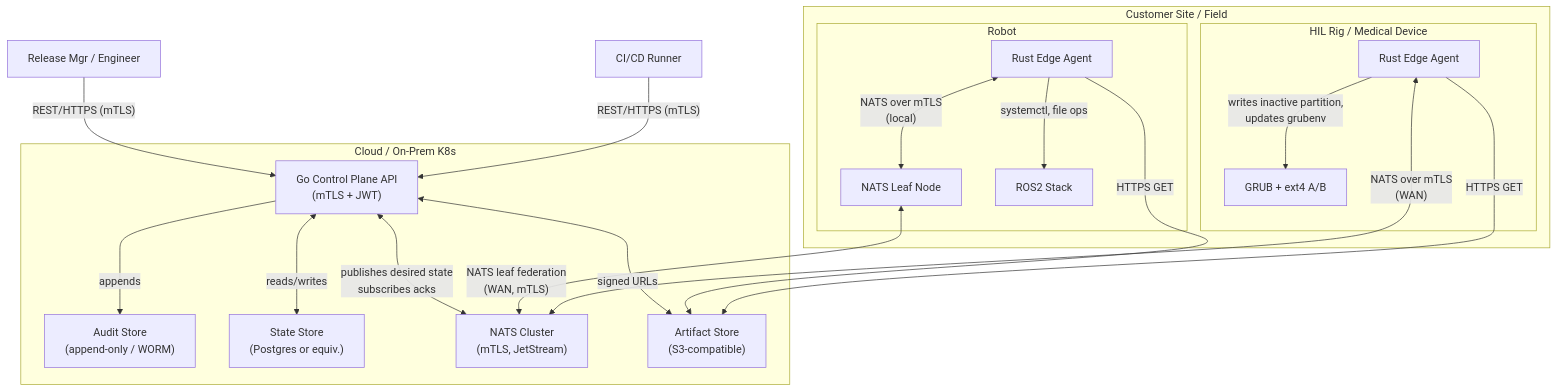
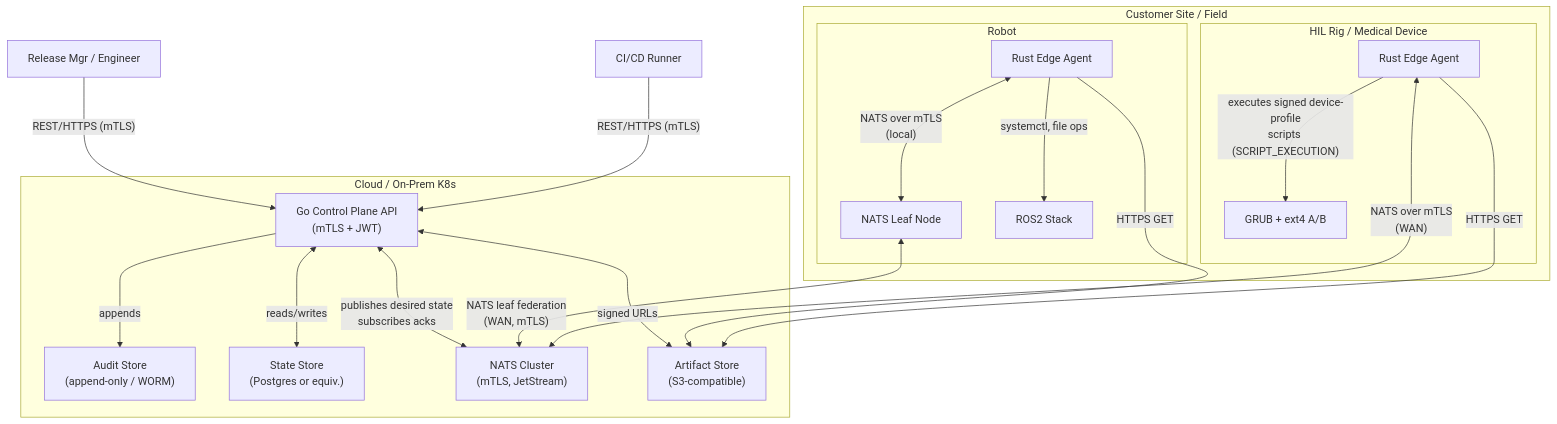
One commit to FabianSchurig/open-connect changed the second of 2 diagrams in docs/arc42/03-system-scope-and-context.md. Above: the diagram before and after it, drawn with Mermaid. The commit also changed other lines of this file and 11 other files, not shown here.

First line of the commit message:
docs: implement architecture-review improvements (T1–T6)

````diff
--- a/docs/arc42/03-system-scope-and-context.md
+++ b/docs/arc42/03-system-scope-and-context.md
@@ -58,43 +58,43 @@
 ```mermaid
 flowchart TB
     subgraph cloud [Cloud / On-Prem K8s]
         API["Go Control Plane API\n(mTLS + JWT)"]
         Audit["Audit Store\n(append-only / WORM)"]
         State["State Store\n(Postgres or equiv.)"]
         NATSHub["NATS Cluster\n(mTLS, JetStream)"]
         Artifact["Artifact Store\n(S3-compatible)"]
     end
 
     subgraph site [Customer Site / Field]
         subgraph robot [Robot]
             LeafA["NATS Leaf Node"]
             AgentA["Rust Edge Agent"]
             ROS["ROS2 Stack"]
         end
         subgraph rig [HIL Rig / Medical Device]
             AgentB["Rust Edge Agent"]
             GRUB["GRUB + ext4 A/B"]
         end
     end
 
     Pipeline["CI/CD Runner"]
     User["Release Mgr / Engineer"]
 
     User -->|"REST/HTTPS (mTLS)"| API
     Pipeline -->|"REST/HTTPS (mTLS)"| API
 
     API <-->|"reads/writes"| State
     API -->|"appends"| Audit
     API <-->|"publishes desired state\nsubscribes acks"| NATSHub
     API <-->|"signed URLs"| Artifact
 
     AgentA <-->|"NATS over mTLS\n(local)"| LeafA
     LeafA <-->|"NATS leaf federation\n(WAN, mTLS)"| NATSHub
     AgentA -->|"systemctl, file ops"| ROS
 
     AgentB <-->|"NATS over mTLS\n(WAN)"| NATSHub
-    AgentB -->|"writes inactive partition,\nupdates grubenv"| GRUB
+    AgentB -->|"executes signed device-profile\nscripts (SCRIPT_EXECUTION)"| GRUB
 
     AgentA -->|"HTTPS GET"| Artifact
     AgentB -->|"HTTPS GET"| Artifact
 ```
````
